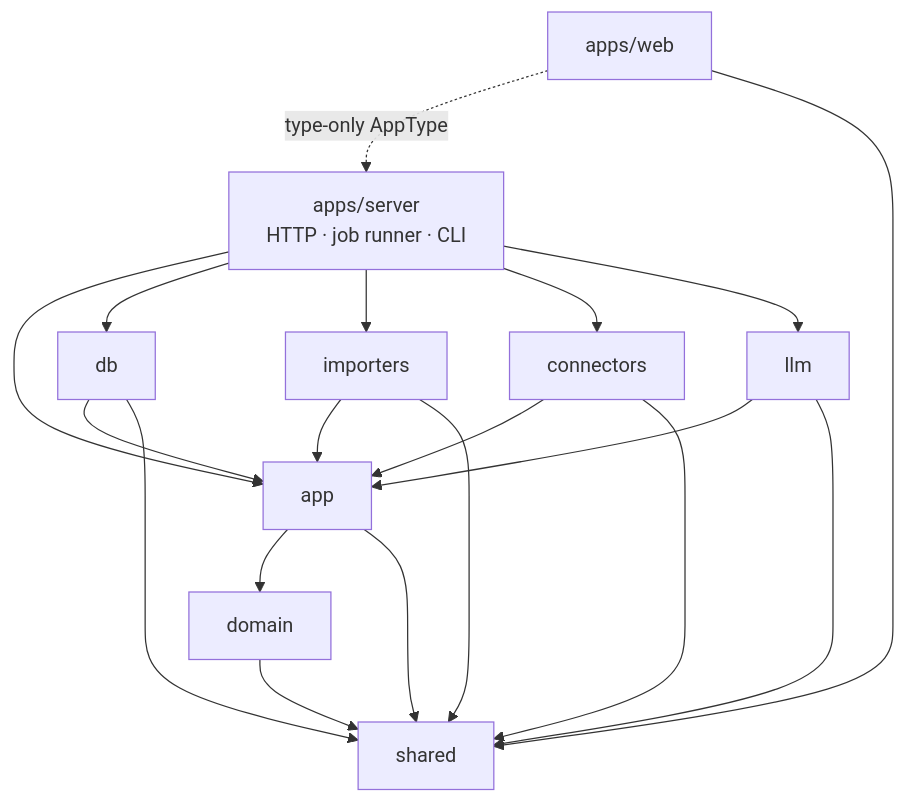
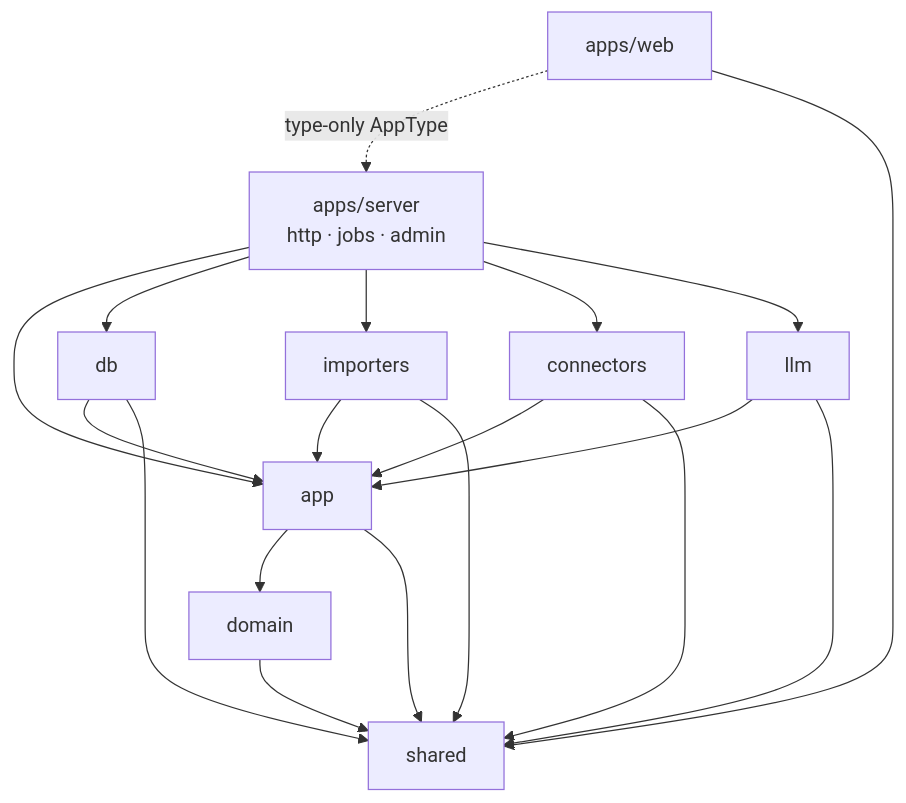
The first of 2 diagrams in _bmad-output/planning-artifacts/architecture/architecture-pangolin-2026-09-27/ARCHITECTURE-SPINE.md (sbwilson/pangolin), drawn with Mermaid before and after one commit. The commit also changed other lines of this file and 1 other file, not shown here.

First line of the commit message:
docs(architecture): apply reviewer-gate fixes to the spine

````diff
--- a/_bmad-output/planning-artifacts/architecture/architecture-pangolin-2026-09-27/ARCHITECTURE-SPINE.md
+++ b/_bmad-output/planning-artifacts/architecture/architecture-pangolin-2026-09-27/ARCHITECTURE-SPINE.md
@@ -37,12 +39,12 @@
 ```mermaid
 flowchart TD
   web[apps/web] -.type-only AppType.-> server
   web --> shared
-  server[apps/server<br/>HTTP · job runner · CLI] --> app
+  server[apps/server<br/>http · jobs · admin] --> app
   server --> db & importers & connectors & llm
   db & importers & connectors & llm --> app
   app --> domain
   app --> shared
   domain --> shared
   db & importers & connectors & llm --> shared
 ```
````
